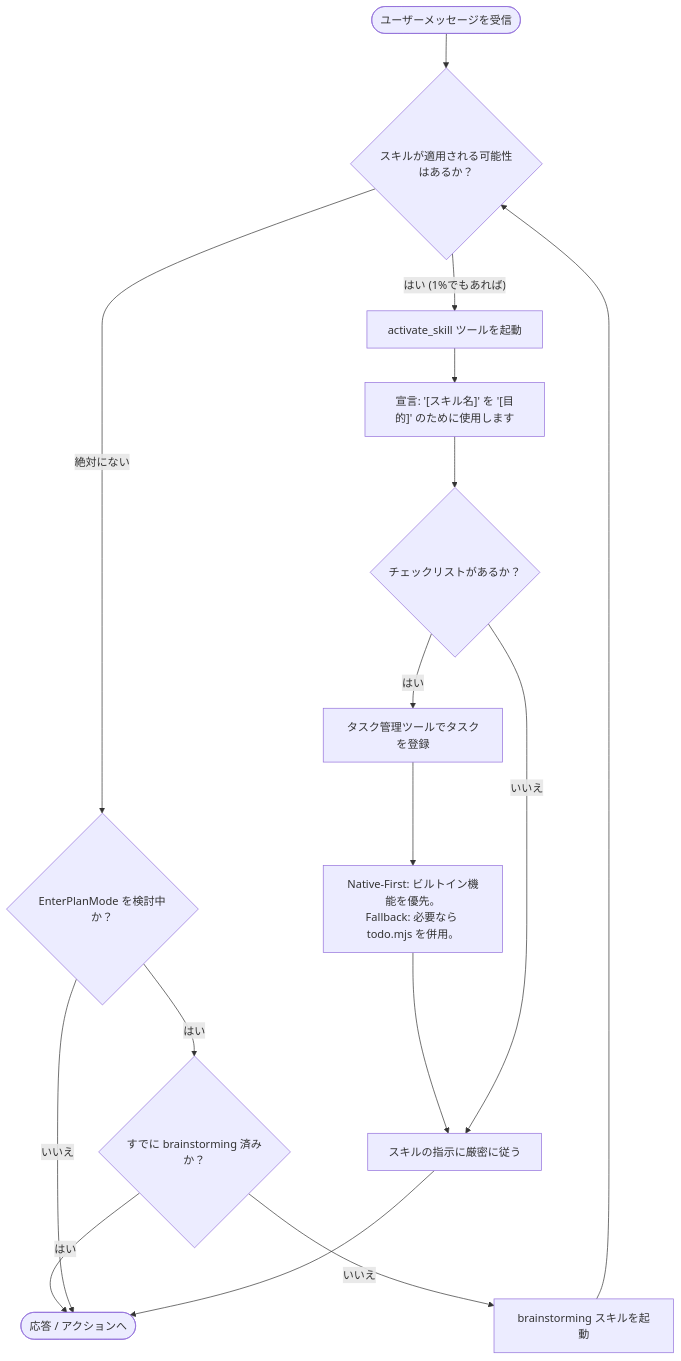
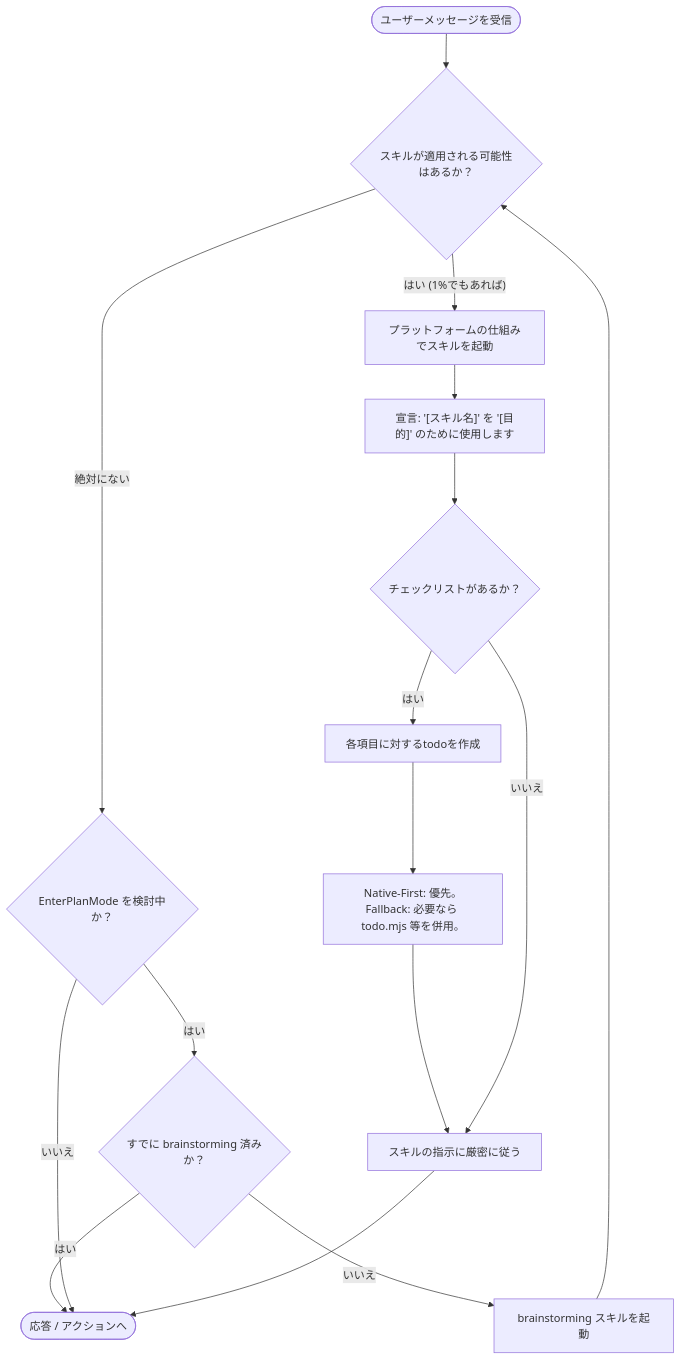
Before and after one commit to oki2a24/superpowerssuperpowers: the diagram in skills/using-superpowers/SKILL.md, drawn with Mermaid. The commit also changed other lines of this file and 6 other files, not shown here.

````diff
--- a/skills/using-superpowers/SKILL.md
+++ b/skills/using-superpowers/SKILL.md
@@ -48,21 +52,21 @@
 ```mermaid
 graph TD
     A([ユーザーメッセージを受信]) --> B{スキルが適用される可能性はあるか？}
-    B -- "はい (1%でもあれば)" --> C[activate_skill ツールを起動]
+    B -- "はい (1%でもあれば)" --> C[プラットフォームの仕組みでスキルを起動]
     B -- "絶対にない" --> P{EnterPlanMode を検討中か？}
-
+ 
     P -- "はい" --> Q{すでに brainstorming 済みか？}
     Q -- "いいえ" --> R[brainstorming スキルを起動]
     R --> B
     Q -- "はい" --> H([応答 / アクションへ])
     P -- "いいえ" --> H
-
+ 
     C --> D["宣言: '[スキル名]' を '[目的]' のために使用します"]
     D --> E{チェックリストがあるか？}
-    E -- "はい" --> F["タスク管理ツールでタスクを登録"]
-    F --> G_PATH["Native-First: ビルトイン機能を優先。<br/>Fallback: 必要なら todo.mjs を併用。"]
+    E -- "はい" --> F["各項目に対するtodoを作成"]
+    F --> G_PATH["Native-First: 優先。<br/>Fallback: 必要なら todo.mjs 等を併用。"]
     G_PATH --> G
     E -- "いいえ" --> G[スキルの指示に厳密に従う]
-
+ 
     G --> H
 ```
````
